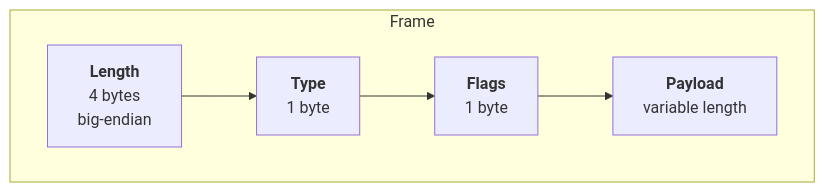
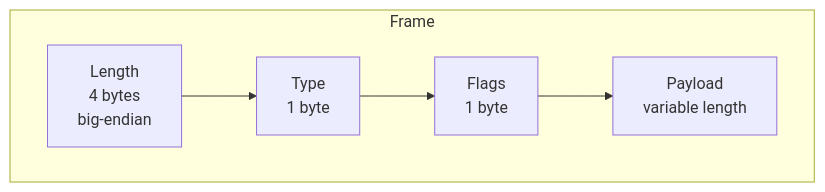
The fifth of 13 diagrams in README.md (PratyushVishal11011/Fairgate), drawn with Mermaid before and after one commit. The commit also changed other lines of this file and 2 other files, not shown here.

````diff
--- a/README.md
+++ b/README.md
@@ -223,11 +252,11 @@
 ```mermaid
 flowchart LR
     subgraph FRAME["Frame"]
         direction LR
-        L["<b>Length</b><br/>4 bytes<br/>big-endian"]
-        T["<b>Type</b><br/>1 byte"]
-        F["<b>Flags</b><br/>1 byte"]
-        PL["<b>Payload</b><br/>variable length"]
+        L["Length<br/>4 bytes<br/>big-endian"]
+        T["Type<br/>1 byte"]
+        F["Flags<br/>1 byte"]
+        PL["Payload<br/>variable length"]
         L --> T --> F --> PL
     end
 ```
````
